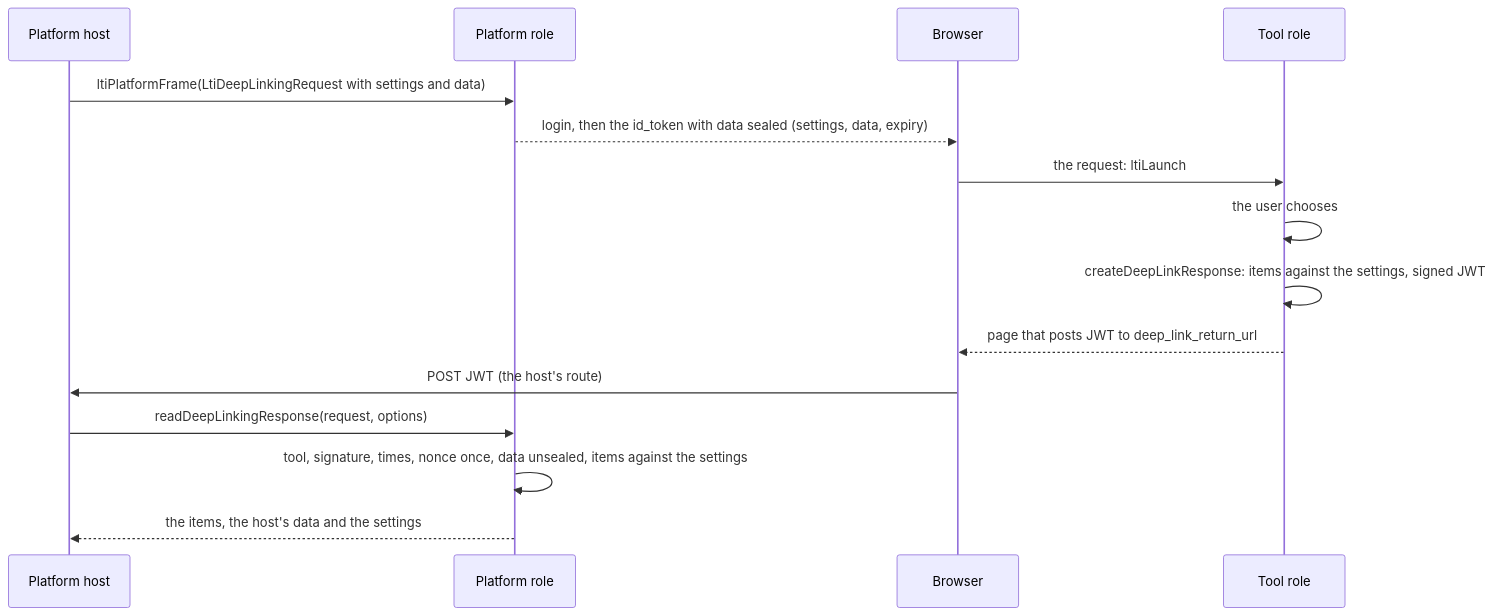
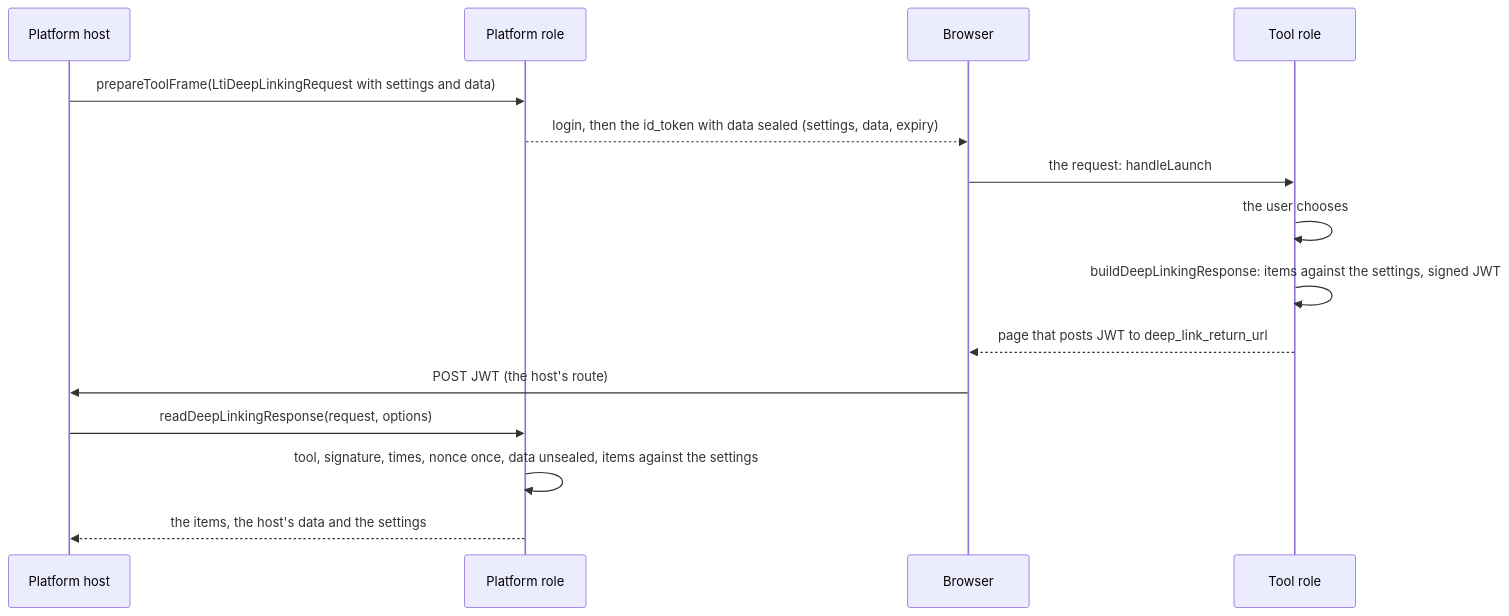
One commit to interopkit/interopkit changed the diagram in docs/tool-integration/deep-linking.md. Above: the diagram before and after it, drawn with Mermaid. The commit also changed other lines of this file and 368 other files, not shown here.

````diff
--- a/docs/tool-integration/deep-linking.md
+++ b/docs/tool-integration/deep-linking.md
@@ -10,17 +10,17 @@
 ```mermaid
 sequenceDiagram
   participant H as Platform host
   participant P as Platform role
   participant B as Browser
   participant T as Tool role
-  H->>P: ltiPlatformFrame(LtiDeepLinkingRequest with settings and data)
+  H->>P: prepareToolFrame(LtiDeepLinkingRequest with settings and data)
   P-->>B: login, then the id_token with data sealed (settings, data, expiry)
-  B->>T: the request: ltiLaunch
+  B->>T: the request: handleLaunch
   T->>T: the user chooses
-  T->>T: createDeepLinkResponse: items against the settings, signed JWT
+  T->>T: buildDeepLinkingResponse: items against the settings, signed JWT
   T-->>B: page that posts JWT to deep_link_return_url
   B->>H: POST JWT (the host's route)
   H->>P: readDeepLinkingResponse(request, options)
   P->>P: tool, signature, times, nonce once, data unsealed, items against the settings
   P-->>H: the items, the host's data and the settings
 ```
````
